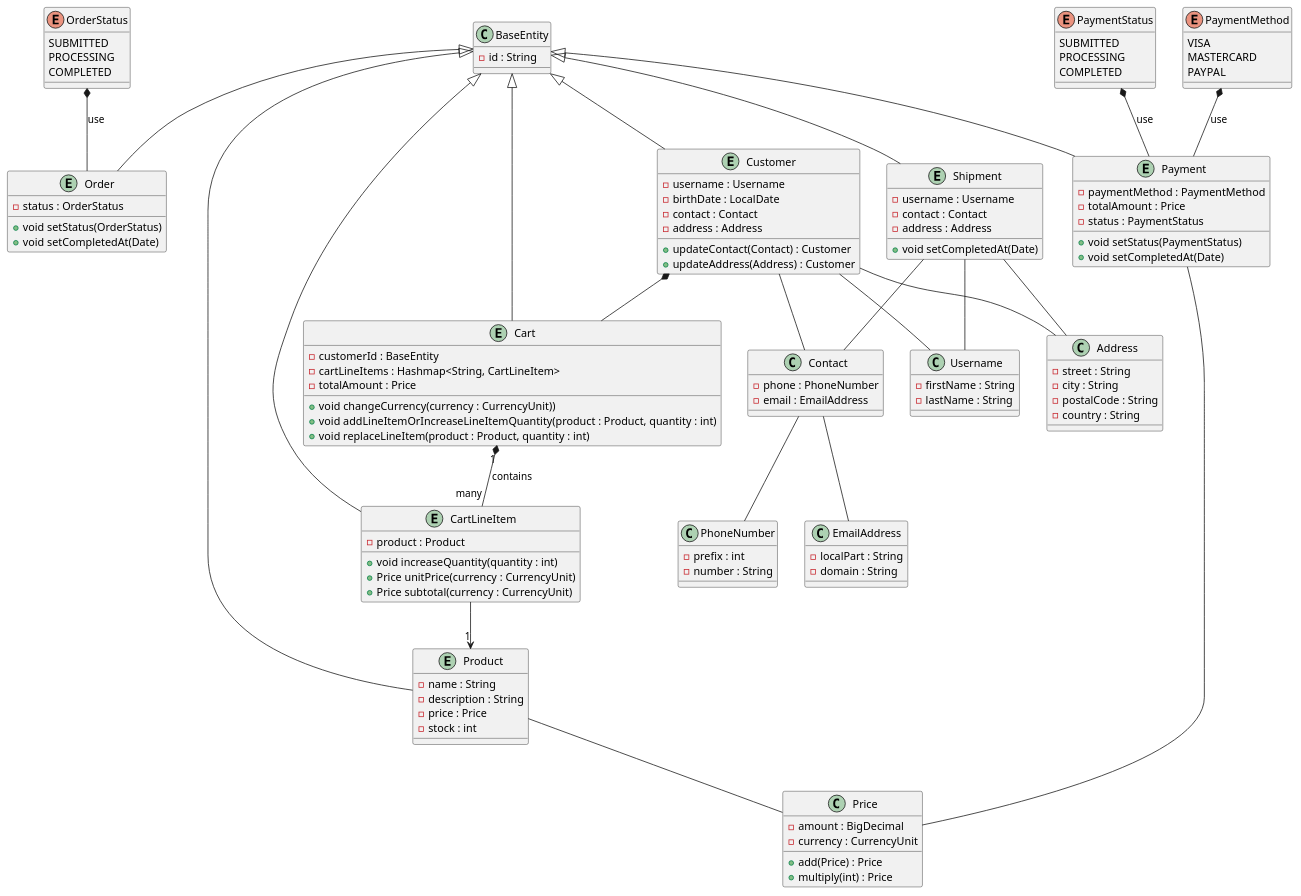
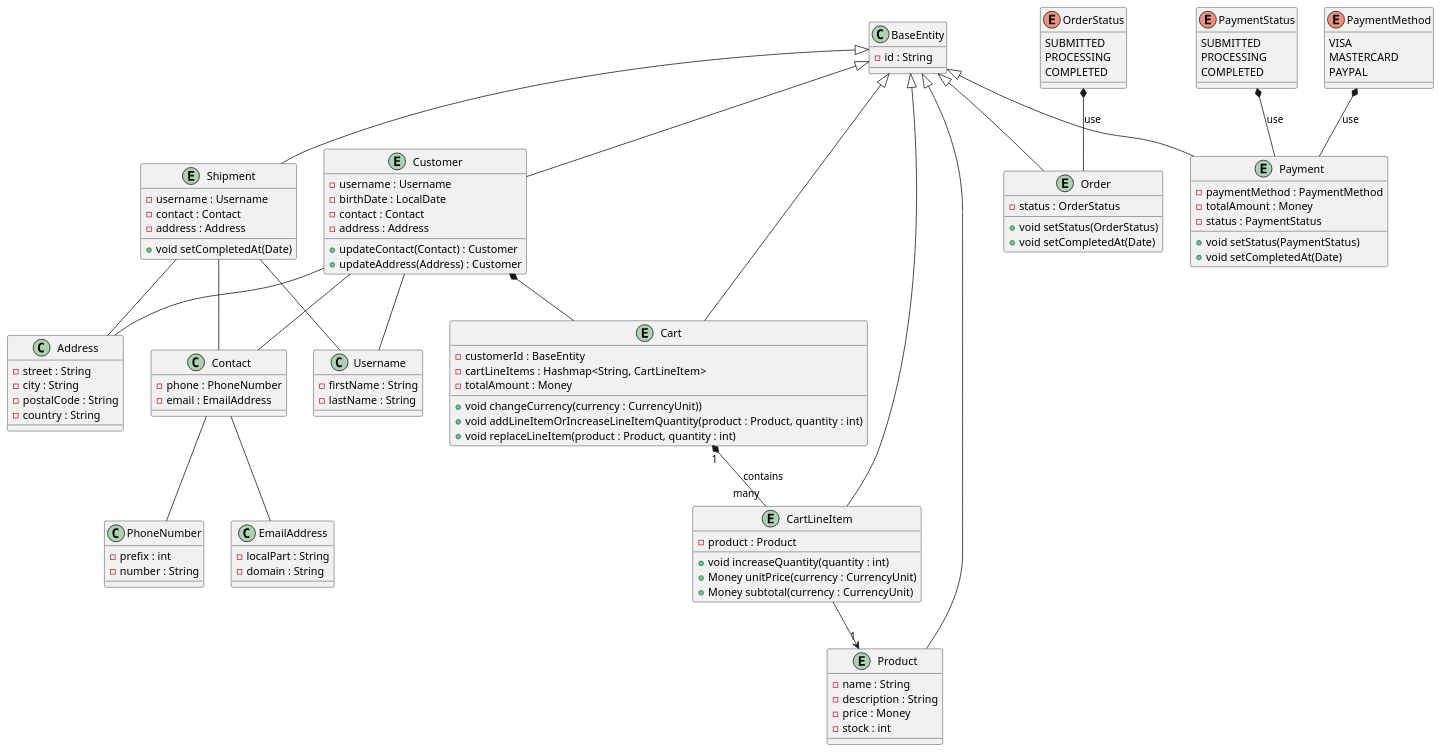
One commit to kagokla/lexailec-store changed the diagram in doc/domain_model_diagram.puml. Above: the diagram before and after it, drawn with PlantUML.

Commit message:
Drop the implementation Price and rely on javamoney instead

```diff
--- a/doc/domain_model_diagram.puml
+++ b/doc/domain_model_diagram.puml
@@ -1,132 +1,123 @@
 @startuml
 'https://plantuml.com/class-diagram
 
 
 class BaseEntity {
 - id : String
 }
 
 class PhoneNumber {
 - prefix : int
 - number : String
 }
 
 class EmailAddress {
 - localPart : String
 - domain : String
 }
 
 class Contact {
 - phone : PhoneNumber
 - email : EmailAddress
 }
 
 class Address {
 - street : String
 - city : String
 - postalCode : String
 - country : String
 }
 
 class Username {
 - firstName : String
 - lastName : String
 }
 
 entity Customer extends BaseEntity {
 - username : Username
 - birthDate : LocalDate
 - contact : Contact
 - address : Address
 + updateContact(Contact) : Customer
 + updateAddress(Address) : Customer
 }
 
-class Price {
-- amount : BigDecimal
-- currency : CurrencyUnit
-+ add(Price) : Price
-+ multiply(int) : Price
-}
-
 entity Product extends BaseEntity {
 - name : String
 - description : String
-- price : Price
+- price : Money
 - stock : int
 }
 
 enum PaymentStatus {
 SUBMITTED
 PROCESSING
 COMPLETED
 }
 
 enum PaymentMethod {
 VISA
 MASTERCARD
 PAYPAL
 }
 
 entity Payment extends BaseEntity {
 - paymentMethod : PaymentMethod
-- totalAmount : Price
+- totalAmount : Money
 - status : PaymentStatus
 + void setStatus(PaymentStatus)
 + void setCompletedAt(Date)
 }
 
 
 entity Shipment extends BaseEntity {
 - username : Username
 - contact : Contact
 - address : Address
 + void setCompletedAt(Date)
 }
 
 entity CartLineItem extends BaseEntity {
 - product : Product
 + void increaseQuantity(quantity : int)
-+ Price unitPrice(currency : CurrencyUnit)
-+ Price subtotal(currency : CurrencyUnit)
++ Money unitPrice(currency : CurrencyUnit)
++ Money subtotal(currency : CurrencyUnit)
 }
 
 entity Cart extends BaseEntity {
 - customerId : BaseEntity
 - cartLineItems : Hashmap<String, CartLineItem>
-- totalAmount : Price
+- totalAmount : Money
 + void changeCurrency(currency : CurrencyUnit))
 + void addLineItemOrIncreaseLineItemQuantity(product : Product, quantity : int)
 + void replaceLineItem(product : Product, quantity : int)
 }
 
 enum OrderStatus {
 SUBMITTED
 PROCESSING
 COMPLETED
 }
 
 entity Order extends BaseEntity {
 - status : OrderStatus
 + void setStatus(OrderStatus)
 + void setCompletedAt(Date)
 }
 
 CartLineItem --> "1" Product
 Cart "1" *-- "many" CartLineItem : contains
 Customer *-- Cart
-Payment -- Price
-Product -- Price
 OrderStatus *-- Order : use
 PaymentStatus *-- Payment : use
 PaymentMethod *-- Payment : use
 Contact -- PhoneNumber
 Contact -- EmailAddress
 Customer -- Contact
 Customer -- Username
 Customer -- Address
 Shipment -- Contact
 Shipment -- Username
 Shipment -- Address
 
 @enduml
```
